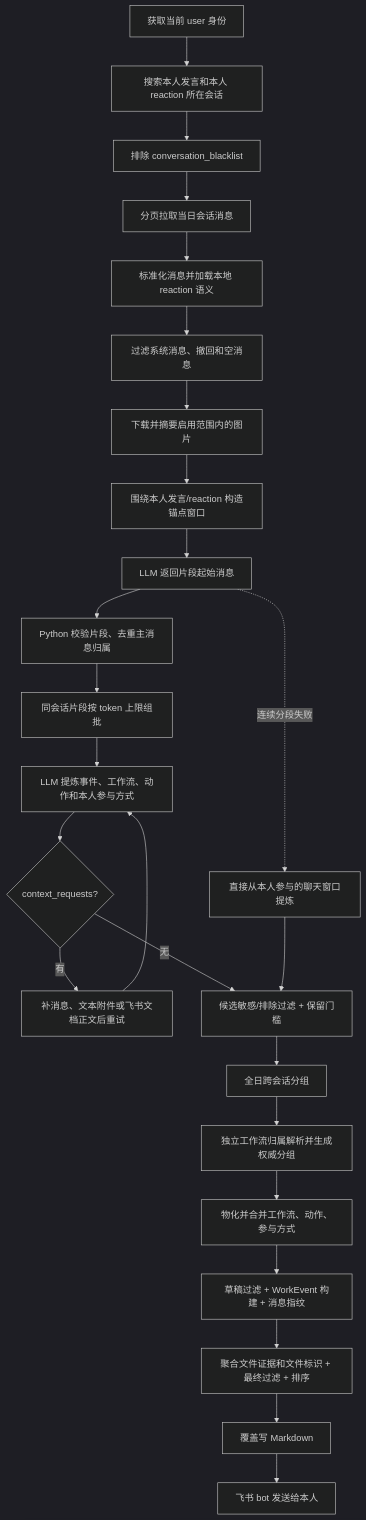
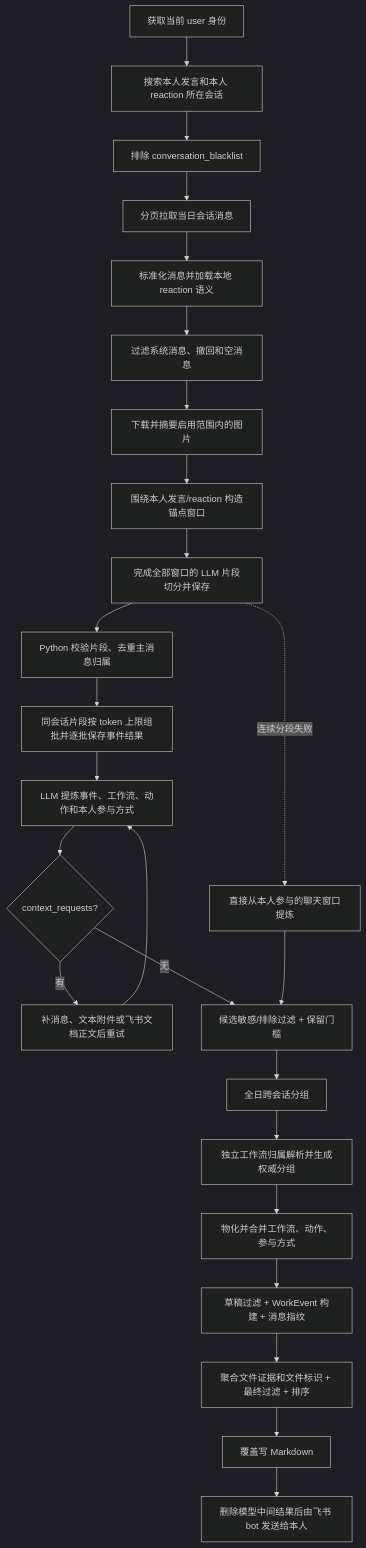
Before and after one commit to sunweisheng/WorkTrace: the second of 3 diagrams in README.md, drawn with Mermaid (dark theme). The commit also changed other lines of this file and 40 other files, not shown here.

````diff
--- a/README.md
+++ b/README.md
@@ -85,28 +90,28 @@
 ```mermaid
 flowchart TD
     A["获取当前 user 身份"] --> B["搜索本人发言和本人 reaction 所在会话"]
     B --> C["排除 conversation_blacklist"]
     C --> D["分页拉取当日会话消息"]
     D --> E["标准化消息并加载本地 reaction 语义"]
     E --> F["过滤系统消息、撤回和空消息"]
     F --> G["下载并摘要启用范围内的图片"]
     G --> H["围绕本人发言/reaction 构造锚点窗口"]
-    H --> I["LLM 返回片段起始消息"]
+    H --> I["完成全部窗口的 LLM 片段切分并保存"]
     I --> J["Python 校验片段、去重主消息归属"]
-    J --> K["同会话片段按 token 上限组批"]
+    J --> K["同会话片段按 token 上限组批并逐批保存事件结果"]
     K --> L["LLM 提炼事件、工作流、动作和本人参与方式"]
     L --> M{"context_requests?"}
     M -->|"有"| N["补消息、文本附件或飞书文档正文后重试"]
     N --> L
     M -->|"无"| O["候选敏感/排除过滤 + 保留门槛"]
     O --> P["全日跨会话分组"]
     P --> Q["独立工作流归属解析并生成权威分组"]
     Q --> R["物化并合并工作流、动作、参与方式"]
     R --> S["草稿过滤 + WorkEvent 构建 + 消息指纹"]
     S --> T["聚合文件证据和文件标识 + 最终过滤 + 排序"]
     T --> U["覆盖写 Markdown"]
-    U --> V["飞书 bot 发送给本人"]
+    U --> V["删除模型中间结果后由飞书 bot 发送给本人"]
 
     I -. "连续分段失败" .-> W["直接从本人参与的聊天窗口提炼"]
     W --> O
 ```
````
